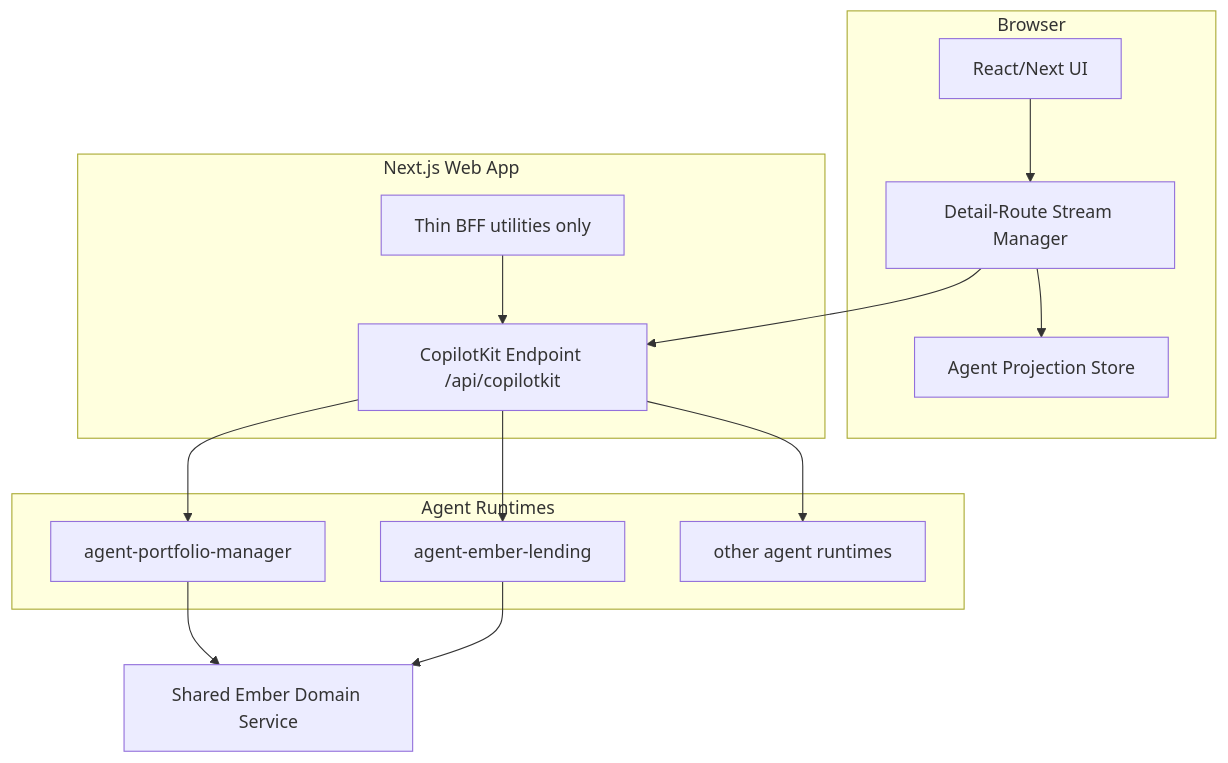
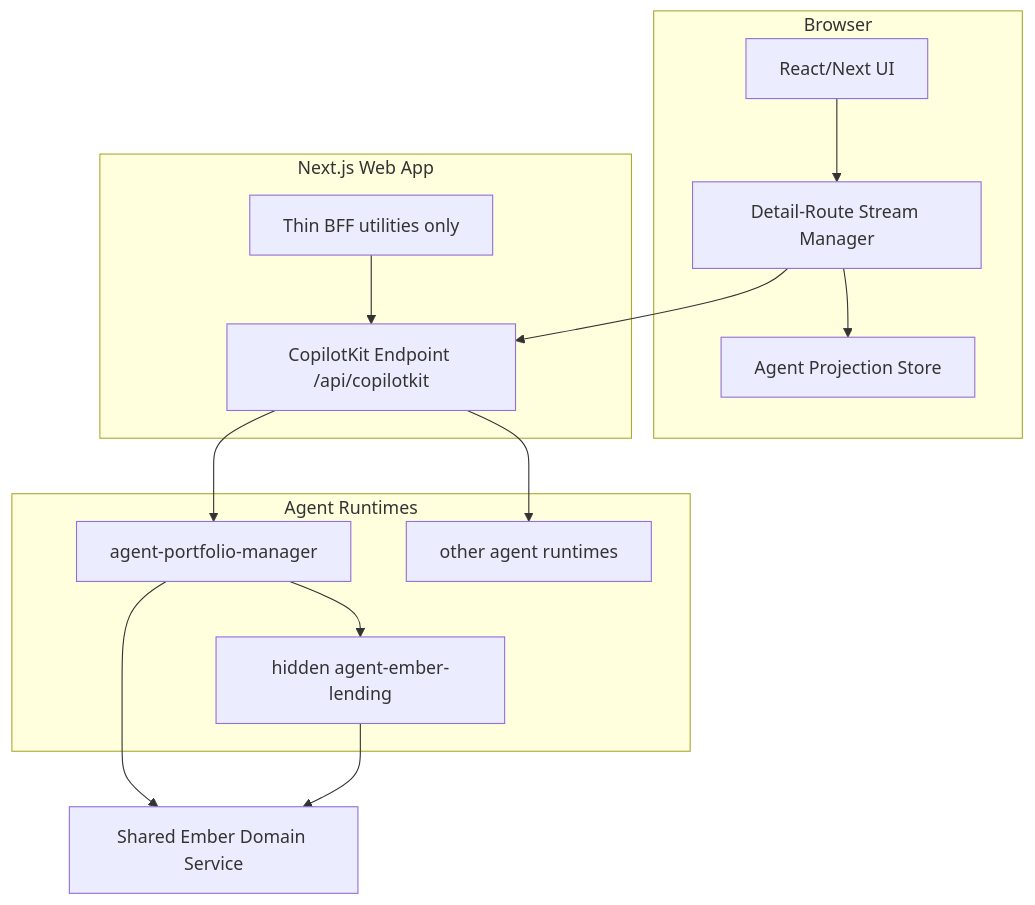
The second of 6 diagrams in typescript/clients/web-ag-ui/docs/c4-target-architecture-web-ag-ui-agents.md (EmberAGI/arbitrum-vibekit), drawn with Mermaid before and after one commit. The commit also changed other lines of this file and 2 other files, not shown here.

Commit message:
docs(web-ag-ui): describe pm hidden executor boundary

````diff
--- a/typescript/clients/web-ag-ui/docs/c4-target-architecture-web-ag-ui-agents.md
+++ b/typescript/clients/web-ag-ui/docs/c4-target-architecture-web-ag-ui-agents.md
@@ -61,31 +61,31 @@
 ```mermaid
 flowchart TB
   subgraph Browser[Browser]
     UI[React/Next UI]
     Store[Agent Projection Store]
     StreamMgr[Detail-Route Stream Manager]
   end
 
   subgraph WebServer[Next.js Web App]
     CK[CopilotKit Endpoint /api/copilotkit]
     BFF[Thin BFF utilities only]
   end
 
   subgraph AgentRuntimes[Agent Runtimes]
     PM[agent-portfolio-manager]
-    EL[agent-ember-lending]
+    EL[hidden agent-ember-lending]
     OTHER[other agent runtimes]
   end
 
   SE[Shared Ember Domain Service]
 
   UI --> StreamMgr
   StreamMgr --> Store
   StreamMgr --> CK
   BFF --> CK
   CK --> PM
-  CK --> EL
   CK --> OTHER
+  PM --> EL
   PM --> SE
   EL --> SE
 ```
````
